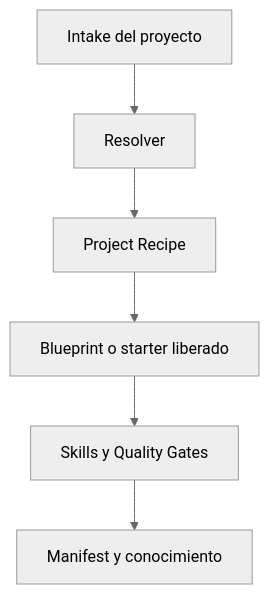
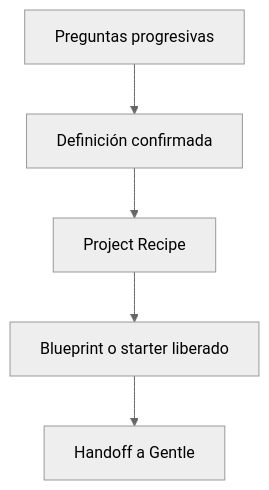
Before and after one commit to JhonMA82/engineering-platform: the diagram in README.md, drawn with Mermaid (neutral theme). The commit also changed other lines of this file and 37 other files, not shown here.

````diff
--- a/README.md
+++ b/README.md
@@ -13,8 +13,7 @@
 ```mermaid
 flowchart TD
-    A["Intake del proyecto"] --> B["Resolver"]
+    A["Preguntas progresivas"] --> B["Definición confirmada"]
     B --> C["Project Recipe"]
     C --> D["Blueprint o starter liberado"]
-    D --> E["Skills y Quality Gates"]
-    E --> F["Manifest y conocimiento"]
+    D --> E["Handoff a Gentle"]
 ```
````
